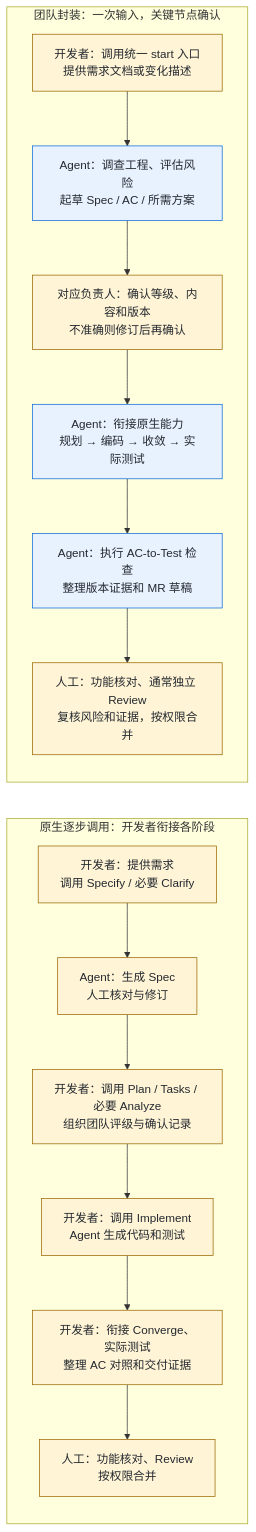
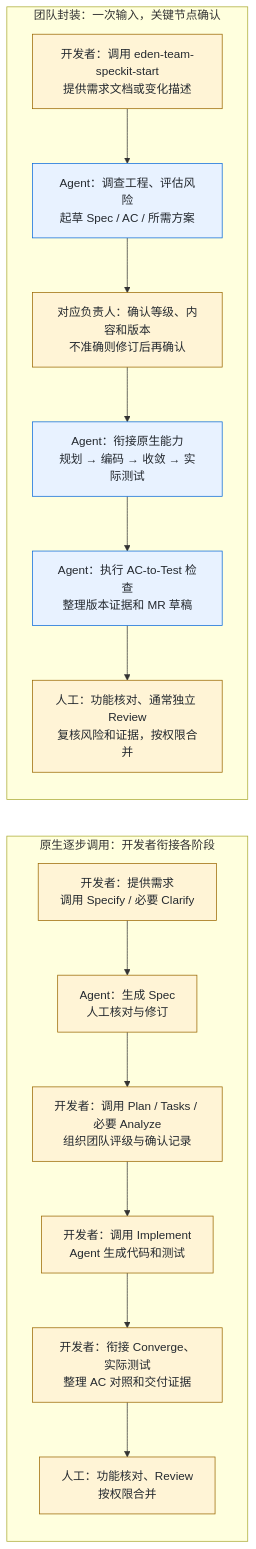
Before and after one commit to xEdenx/luban: the diagram in README.md, drawn with Mermaid. The commit also changed other lines of this file and 8 other files, not shown here.

Commit message:
feat: expose eden-team-speckit skill entrypoints without native changes

````diff
--- a/README.md
+++ b/README.md
@@ -39,27 +39,27 @@
 ```mermaid
 flowchart LR
     subgraph native["原生逐步调用：开发者衔接各阶段"]
         direction TB
         A1["开发者：提供需求<br/>调用 Specify / 必要 Clarify"]
         A2["Agent：生成 Spec<br/>人工核对与修订"]
         A3["开发者：调用 Plan / Tasks / 必要 Analyze<br/>组织团队评级与确认记录"]
         A4["开发者：调用 Implement<br/>Agent 生成代码和测试"]
         A5["开发者：衔接 Converge、实际测试<br/>整理 AC 对照和交付证据"]
         A6["人工：功能核对、Review<br/>按权限合并"]
         A1 --> A2 --> A3 --> A4 --> A5 --> A6
     end
     subgraph wrapped["团队封装：一次输入，关键节点确认"]
         direction TB
-        B1["开发者：调用统一 start 入口<br/>提供需求文档或变化描述"]
+        B1["开发者：调用 eden-team-speckit-start<br/>提供需求文档或变化描述"]
         B2["Agent：调查工程、评估风险<br/>起草 Spec / AC / 所需方案"]
         B3["对应负责人：确认等级、内容和版本<br/>不准确则修订后再确认"]
         B4["Agent：衔接原生能力<br/>规划 → 编码 → 收敛 → 实际测试"]
         B5["Agent：执行 AC-to-Test 检查<br/>整理版本证据和 MR 草稿"]
         B6["人工：功能核对、通常独立 Review<br/>复核风险和证据，按权限合并"]
         B1 --> B2 --> B3 --> B4 --> B5 --> B6
     end
     classDef person fill:#fff4d6,stroke:#9a6700,color:#24292f
     classDef agent fill:#e8f2ff,stroke:#0969da,color:#24292f
     class A1,A2,A3,A4,A5,A6,B1,B3,B6 person
     class B2,B4,B5 agent
 ```
````
